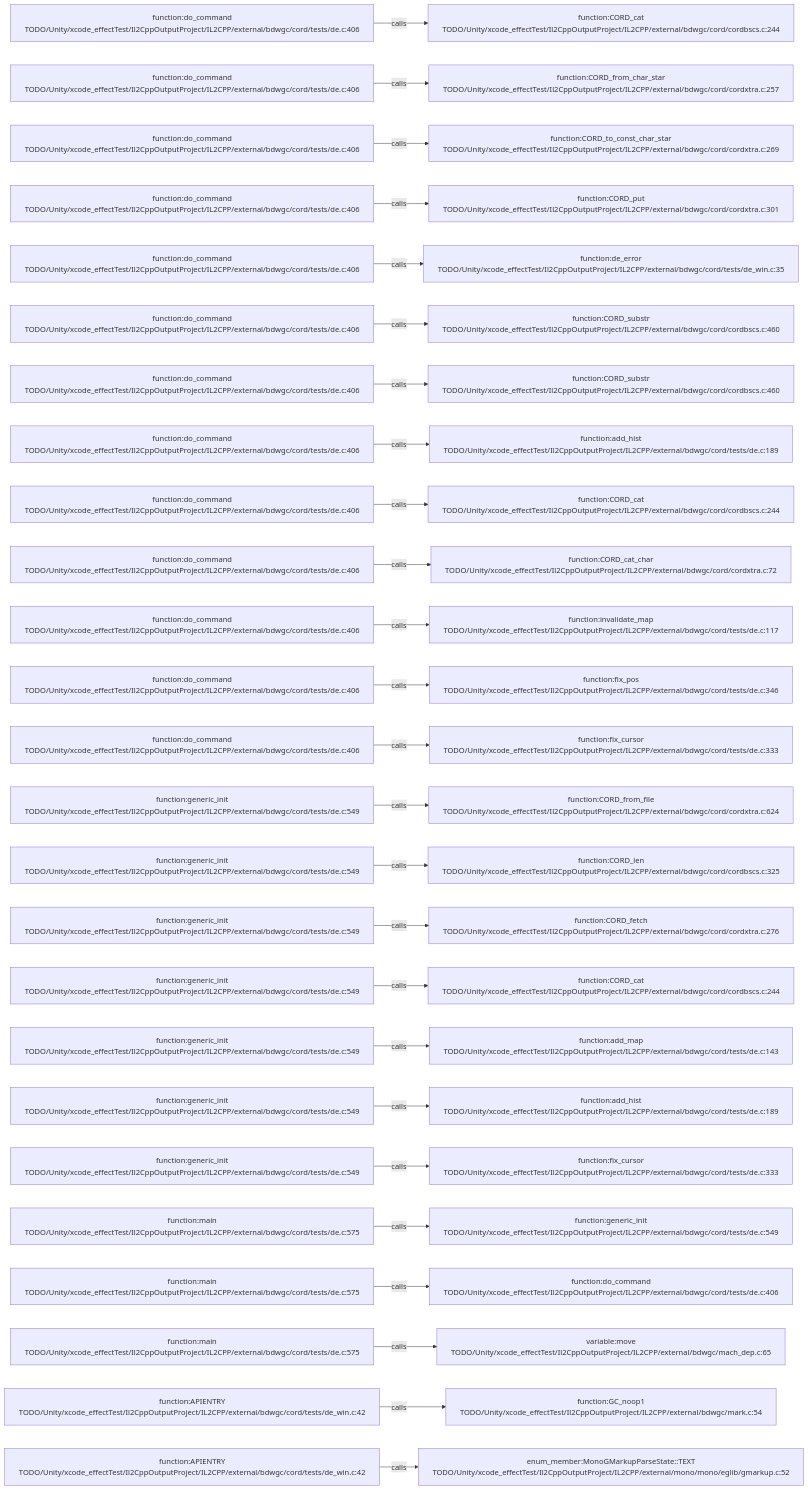
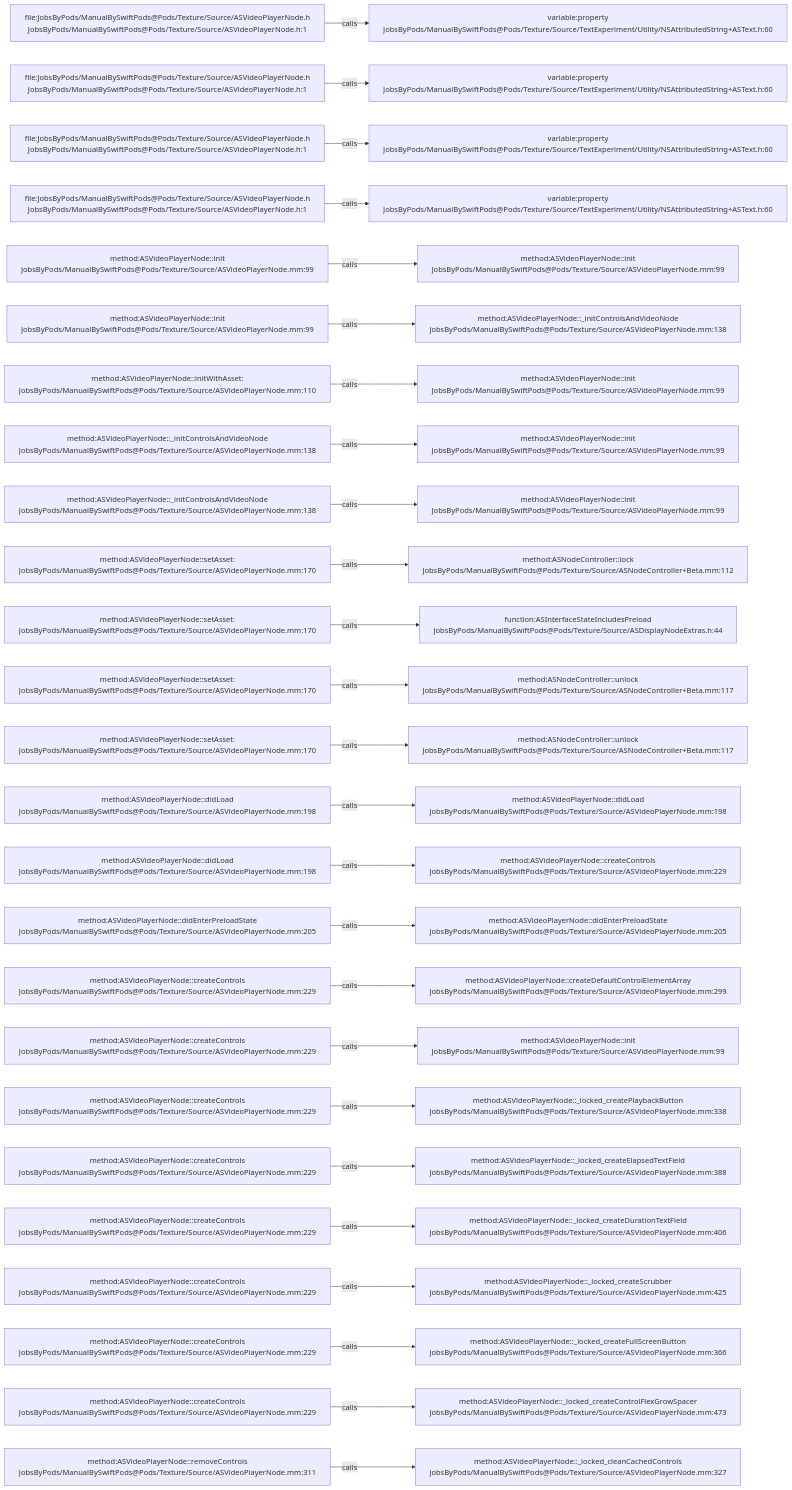
Before and after one commit to JobsKits/JobsSwiftBaseConfigDemo: the diagram in .codegraph/codegraph.md/graphs/calls-095.md, drawn with Mermaid. The commit also changed 2959 other files, not shown here.

````diff
--- a/.codegraph/codegraph.md/graphs/calls-095.md
+++ b/.codegraph/codegraph.md/graphs/calls-095.md
@@ -13,78 +13,78 @@
 ```mermaid
 flowchart LR
-  S1["function:do_command<br/>TODO/Unity/xcode_effectTest/Il2CppOutputProject/IL2CPP/external/bdwgc/cord/tests/de.c:406"]
-  T1["function:CORD_cat<br/>TODO/Unity/xcode_effectTest/Il2CppOutputProject/IL2CPP/external/bdwgc/cord/cordbscs.c:244"]
+  S1["file:JobsByPods/ManualBySwiftPods@Pods/Texture/Source/ASVideoPlayerNode.h<br/>JobsByPods/ManualBySwiftPods@Pods/Texture/Source/ASVideoPlayerNode.h:1"]
+  T1["variable:property<br/>JobsByPods/ManualBySwiftPods@Pods/Texture/Source/TextExperiment/Utility/NSAttributedString+ASText.h:60"]
   S1 -->|calls| T1
-  S2["function:do_command<br/>TODO/Unity/xcode_effectTest/Il2CppOutputProject/IL2CPP/external/bdwgc/cord/tests/de.c:406"]
-  T2["function:CORD_from_char_star<br/>TODO/Unity/xcode_effectTest/Il2CppOutputProject/IL2CPP/external/bdwgc/cord/cordxtra.c:257"]
+  S2["file:JobsByPods/ManualBySwiftPods@Pods/Texture/Source/ASVideoPlayerNode.h<br/>JobsByPods/ManualBySwiftPods@Pods/Texture/Source/ASVideoPlayerNode.h:1"]
+  T2["variable:property<br/>JobsByPods/ManualBySwiftPods@Pods/Texture/Source/TextExperiment/Utility/NSAttributedString+ASText.h:60"]
   S2 -->|calls| T2
-  S3["function:do_command<br/>TODO/Unity/xcode_effectTest/Il2CppOutputProject/IL2CPP/external/bdwgc/cord/tests/de.c:406"]
-  T3["function:CORD_to_const_char_star<br/>TODO/Unity/xcode_effectTest/Il2CppOutputProject/IL2CPP/external/bdwgc/cord/cordxtra.c:269"]
+  S3["file:JobsByPods/ManualBySwiftPods@Pods/Texture/Source/ASVideoPlayerNode.h<br/>JobsByPods/ManualBySwiftPods@Pods/Texture/Source/ASVideoPlayerNode.h:1"]
+  T3["variable:property<br/>JobsByPods/ManualBySwiftPods@Pods/Texture/Source/TextExperiment/Utility/NSAttributedString+ASText.h:60"]
   S3 -->|calls| T3
-  S4["function:do_command<br/>TODO/Unity/xcode_effectTest/Il2CppOutputProject/IL2CPP/external/bdwgc/cord/tests/de.c:406"]
-  T4["function:CORD_put<br/>TODO/Unity/xcode_effectTest/Il2CppOutputProject/IL2CPP/external/bdwgc/cord/cordxtra.c:301"]
+  S4["file:JobsByPods/ManualBySwiftPods@Pods/Texture/Source/ASVideoPlayerNode.h<br/>JobsByPods/ManualBySwiftPods@Pods/Texture/Source/ASVideoPlayerNode.h:1"]
+  T4["variable:property<br/>JobsByPods/ManualBySwiftPods@Pods/Texture/Source/TextExperiment/Utility/NSAttributedString+ASText.h:60"]
   S4 -->|calls| T4
-  S5["function:do_command<br/>TODO/Unity/xcode_effectTest/Il2CppOutputProject/IL2CPP/external/bdwgc/cord/tests/de.c:406"]
-  T5["function:de_error<br/>TODO/Unity/xcode_effectTest/Il2CppOutputProject/IL2CPP/external/bdwgc/cord/tests/de_win.c:35"]
+  S5["method:ASVideoPlayerNode::init<br/>JobsByPods/ManualBySwiftPods@Pods/Texture/Source/ASVideoPlayerNode.mm:99"]
+  T5["method:ASVideoPlayerNode::init<br/>JobsByPods/ManualBySwiftPods@Pods/Texture/Source/ASVideoPlayerNode.mm:99"]
   S5 -->|calls| T5
-  S6["function:do_command<br/>TODO/Unity/xcode_effectTest/Il2CppOutputProject/IL2CPP/external/bdwgc/cord/tests/de.c:406"]
-  T6["function:CORD_substr<br/>TODO/Unity/xcode_effectTest/Il2CppOutputProject/IL2CPP/external/bdwgc/cord/cordbscs.c:460"]
+  S6["method:ASVideoPlayerNode::init<br/>JobsByPods/ManualBySwiftPods@Pods/Texture/Source/ASVideoPlayerNode.mm:99"]
+  T6["method:ASVideoPlayerNode::_initControlsAndVideoNode<br/>JobsByPods/ManualBySwiftPods@Pods/Texture/Source/ASVideoPlayerNode.mm:138"]
   S6 -->|calls| T6
-  S7["function:do_command<br/>TODO/Unity/xcode_effectTest/Il2CppOutputProject/IL2CPP/external/bdwgc/cord/tests/de.c:406"]
-  T7["function:CORD_substr<br/>TODO/Unity/xcode_effectTest/Il2CppOutputProject/IL2CPP/external/bdwgc/cord/cordbscs.c:460"]
+  S7["method:ASVideoPlayerNode::initWithAsset:<br/>JobsByPods/ManualBySwiftPods@Pods/Texture/Source/ASVideoPlayerNode.mm:110"]
+  T7["method:ASVideoPlayerNode::init<br/>JobsByPods/ManualBySwiftPods@Pods/Texture/Source/ASVideoPlayerNode.mm:99"]
   S7 -->|calls| T7
-  S8["function:do_command<br/>TODO/Unity/xcode_effectTest/Il2CppOutputProject/IL2CPP/external/bdwgc/cord/tests/de.c:406"]
-  T8["function:add_hist<br/>TODO/Unity/xcode_effectTest/Il2CppOutputProject/IL2CPP/external/bdwgc/cord/tests/de.c:189"]
+  S8["method:ASVideoPlayerNode::_initControlsAndVideoNode<br/>JobsByPods/ManualBySwiftPods@Pods/Texture/Source/ASVideoPlayerNode.mm:138"]
+  T8["method:ASVideoPlayerNode::init<br/>JobsByPods/ManualBySwiftPods@Pods/Texture/Source/ASVideoPlayerNode.mm:99"]
   S8 -->|calls| T8
-  S9["function:do_command<br/>TODO/Unity/xcode_effectTest/Il2CppOutputProject/IL2CPP/external/bdwgc/cord/tests/de.c:406"]
-  T9["function:CORD_cat<br/>TODO/Unity/xcode_effectTest/Il2CppOutputProject/IL2CPP/external/bdwgc/cord/cordbscs.c:244"]
+  S9["method:ASVideoPlayerNode::_initControlsAndVideoNode<br/>JobsByPods/ManualBySwiftPods@Pods/Texture/Source/ASVideoPlayerNode.mm:138"]
+  T9["method:ASVideoPlayerNode::init<br/>JobsByPods/ManualBySwiftPods@Pods/Texture/Source/ASVideoPlayerNode.mm:99"]
   S9 -->|calls| T9
-  S10["function:do_command<br/>TODO/Unity/xcode_effectTest/Il2CppOutputProject/IL2CPP/external/bdwgc/cord/tests/de.c:406"]
-  T10["function:CORD_cat_char<br/>TODO/Unity/xcode_effectTest/Il2CppOutputProject/IL2CPP/external/bdwgc/cord/cordxtra.c:72"]
+  S10["method:ASVideoPlayerNode::setAsset:<br/>JobsByPods/ManualBySwiftPods@Pods/Texture/Source/ASVideoPlayerNode.mm:170"]
+  T10["method:ASNodeController::lock<br/>JobsByPods/ManualBySwiftPods@Pods/Texture/Source/ASNodeController+Beta.mm:112"]
   S10 -->|calls| T10
-  S11["function:do_command<br/>TODO/Unity/xcode_effectTest/Il2CppOutputProject/IL2CPP/external/bdwgc/cord/tests/de.c:406"]
-  T11["function:invalidate_map<br/>TODO/Unity/xcode_effectTest/Il2CppOutputProject/IL2CPP/external/bdwgc/cord/tests/de.c:117"]
+  S11["method:ASVideoPlayerNode::setAsset:<br/>JobsByPods/ManualBySwiftPods@Pods/Texture/Source/ASVideoPlayerNode.mm:170"]
+  T11["function:ASInterfaceStateIncludesPreload<br/>JobsByPods/ManualBySwiftPods@Pods/Texture/Source/ASDisplayNodeExtras.h:44"]
   S11 -->|calls| T11
-  S12["function:do_command<br/>TODO/Unity/xcode_effectTest/Il2CppOutputProject/IL2CPP/external/bdwgc/cord/tests/de.c:406"]
-  T12["function:fix_pos<br/>TODO/Unity/xcode_effectTest/Il2CppOutputProject/IL2CPP/external/bdwgc/cord/tests/de.c:346"]
+  S12["method:ASVideoPlayerNode::setAsset:<br/>JobsByPods/ManualBySwiftPods@Pods/Texture/Source/ASVideoPlayerNode.mm:170"]
+  T12["method:ASNodeController::unlock<br/>JobsByPods/ManualBySwiftPods@Pods/Texture/Source/ASNodeController+Beta.mm:117"]
   S12 -->|calls| T12
-  S13["function:do_command<br/>TODO/Unity/xcode_effectTest/Il2CppOutputProject/IL2CPP/external/bdwgc/cord/tests/de.c:406"]
-  T13["function:fix_cursor<br/>TODO/Unity/xcode_effectTest/Il2CppOutputProject/IL2CPP/external/bdwgc/cord/tests/de.c:333"]
+  S13["method:ASVideoPlayerNode::setAsset:<br/>JobsByPods/ManualBySwiftPods@Pods/Texture/Source/ASVideoPlayerNode.mm:170"]
+  T13["method:ASNodeController::unlock<br/>JobsByPods/ManualBySwiftPods@Pods/Texture/Source/ASNodeController+Beta.mm:117"]
   S13 -->|calls| T13
-  S14["function:generic_init<br/>TODO/Unity/xcode_effectTest/Il2CppOutputProject/IL2CPP/external/bdwgc/cord/tests/de.c:549"]
-  T14["function:CORD_from_file<br/>TODO/Unity/xcode_effectTest/Il2CppOutputProject/IL2CPP/external/bdwgc/cord/cordxtra.c:624"]
+  S14["method:ASVideoPlayerNode::didLoad<br/>JobsByPods/ManualBySwiftPods@Pods/Texture/Source/ASVideoPlayerNode.mm:198"]
+  T14["method:ASVideoPlayerNode::didLoad<br/>JobsByPods/ManualBySwiftPods@Pods/Texture/Source/ASVideoPlayerNode.mm:198"]
   S14 -->|calls| T14
-  S15["function:generic_init<br/>TODO/Unity/xcode_effectTest/Il2CppOutputProject/IL2CPP/external/bdwgc/cord/tests/de.c:549"]
-  T15["function:CORD_len<br/>TODO/Unity/xcode_effectTest/Il2CppOutputProject/IL2CPP/external/bdwgc/cord/cordbscs.c:325"]
+  S15["method:ASVideoPlayerNode::didLoad<br/>JobsByPods/ManualBySwiftPods@Pods/Texture/Source/ASVideoPlayerNode.mm:198"]
+  T15["method:ASVideoPlayerNode::createControls<br/>JobsByPods/ManualBySwiftPods@Pods/Texture/Source/ASVideoPlayerNode.mm:229"]
   S15 -->|calls| T15
-  S16["function:generic_init<br/>TODO/Unity/xcode_effectTest/Il2CppOutputProject/IL2CPP/external/bdwgc/cord/tests/de.c:549"]
-  T16["function:CORD_fetch<br/>TODO/Unity/xcode_effectTest/Il2CppOutputProject/IL2CPP/external/bdwgc/cord/cordxtra.c:276"]
+  S16["method:ASVideoPlayerNode::didEnterPreloadState<br/>JobsByPods/ManualBySwiftPods@Pods/Texture/Source/ASVideoPlayerNode.mm:205"]
+  T16["method:ASVideoPlayerNode::didEnterPreloadState<br/>JobsByPods/ManualBySwiftPods@Pods/Texture/Source/ASVideoPlayerNode.mm:205"]
   S16 -->|calls| T16
-  S17["function:generic_init<br/>TODO/Unity/xcode_effectTest/Il2CppOutputProject/IL2CPP/external/bdwgc/cord/tests/de.c:549"]
-  T17["function:CORD_cat<br/>TODO/Unity/xcode_effectTest/Il2CppOutputProject/IL2CPP/external/bdwgc/cord/cordbscs.c:244"]
+  S17["method:ASVideoPlayerNode::createControls<br/>JobsByPods/ManualBySwiftPods@Pods/Texture/Source/ASVideoPlayerNode.mm:229"]
+  T17["method:ASVideoPlayerNode::createDefaultControlElementArray<br/>JobsByPods/ManualBySwiftPods@Pods/Texture/Source/ASVideoPlayerNode.mm:299"]
   S17 -->|calls| T17
-  S18["function:generic_init<br/>TODO/Unity/xcode_effectTest/Il2CppOutputProject/IL2CPP/external/bdwgc/cord/tests/de.c:549"]
-  T18["function:add_map<br/>TODO/Unity/xcode_effectTest/Il2CppOutputProject/IL2CPP/external/bdwgc/cord/tests/de.c:143"]
+  S18["method:ASVideoPlayerNode::createControls<br/>JobsByPods/ManualBySwiftPods@Pods/Texture/Source/ASVideoPlayerNode.mm:229"]
+  T18["method:ASVideoPlayerNode::init<br/>JobsByPods/ManualBySwiftPods@Pods/Texture/Source/ASVideoPlayerNode.mm:99"]
   S18 -->|calls| T18
-  S19["function:generic_init<br/>TODO/Unity/xcode_effectTest/Il2CppOutputProject/IL2CPP/external/bdwgc/cord/tests/de.c:549"]
-  T19["function:add_hist<br/>TODO/Unity/xcode_effectTest/Il2CppOutputProject/IL2CPP/external/bdwgc/cord/tests/de.c:189"]
+  S19["method:ASVideoPlayerNode::createControls<br/>JobsByPods/ManualBySwiftPods@Pods/Texture/Source/ASVideoPlayerNode.mm:229"]
+  T19["method:ASVideoPlayerNode::_locked_createPlaybackButton<br/>JobsByPods/ManualBySwiftPods@Pods/Texture/Source/ASVideoPlayerNode.mm:338"]
   S19 -->|calls| T19
-  S20["function:generic_init<br/>TODO/Unity/xcode_effectTest/Il2CppOutputProject/IL2CPP/external/bdwgc/cord/tests/de.c:549"]
-  T20["function:fix_cursor<br/>TODO/Unity/xcode_effectTest/Il2CppOutputProject/IL2CPP/external/bdwgc/cord/tests/de.c:333"]
+  S20["method:ASVideoPlayerNode::createControls<br/>JobsByPods/ManualBySwiftPods@Pods/Texture/Source/ASVideoPlayerNode.mm:229"]
+  T20["method:ASVideoPlayerNode::_locked_createElapsedTextField<br/>JobsByPods/ManualBySwiftPods@Pods/Texture/Source/ASVideoPlayerNode.mm:388"]
   S20 -->|calls| T20
-  S21["function:main<br/>TODO/Unity/xcode_effectTest/Il2CppOutputProject/IL2CPP/external/bdwgc/cord/tests/de.c:575"]
-  T21["function:generic_init<br/>TODO/Unity/xcode_effectTest/Il2CppOutputProject/IL2CPP/external/bdwgc/cord/tests/de.c:549"]
+  S21["method:ASVideoPlayerNode::createControls<br/>JobsByPods/ManualBySwiftPods@Pods/Texture/Source/ASVideoPlayerNode.mm:229"]
+  T21["method:ASVideoPlayerNode::_locked_createDurationTextField<br/>JobsByPods/ManualBySwiftPods@Pods/Texture/Source/ASVideoPlayerNode.mm:406"]
   S21 -->|calls| T21
-  S22["function:main<br/>TODO/Unity/xcode_effectTest/Il2CppOutputProject/IL2CPP/external/bdwgc/cord/tests/de.c:575"]
-  T22["function:do_command<br/>TODO/Unity/xcode_effectTest/Il2CppOutputProject/IL2CPP/external/bdwgc/cord/tests/de.c:406"]
+  S22["method:ASVideoPlayerNode::createControls<br/>JobsByPods/ManualBySwiftPods@Pods/Texture/Source/ASVideoPlayerNode.mm:229"]
+  T22["method:ASVideoPlayerNode::_locked_createScrubber<br/>JobsByPods/ManualBySwiftPods@Pods/Texture/Source/ASVideoPlayerNode.mm:425"]
   S22 -->|calls| T22
-  S23["function:main<br/>TODO/Unity/xcode_effectTest/Il2CppOutputProject/IL2CPP/external/bdwgc/cord/tests/de.c:575"]
-  T23["variable:move<br/>TODO/Unity/xcode_effectTest/Il2CppOutputProject/IL2CPP/external/bdwgc/mach_dep.c:65"]
+  S23["method:ASVideoPlayerNode::createControls<br/>JobsByPods/ManualBySwiftPods@Pods/Texture/Source/ASVideoPlayerNode.mm:229"]
+  T23["method:ASVideoPlayerNode::_locked_createFullScreenButton<br/>JobsByPods/ManualBySwiftPods@Pods/Texture/Source/ASVideoPlayerNode.mm:366"]
   S23 -->|calls| T23
-  S24["function:APIENTRY<br/>TODO/Unity/xcode_effectTest/Il2CppOutputProject/IL2CPP/external/bdwgc/cord/tests/de_win.c:42"]
-  T24["function:GC_noop1<br/>TODO/Unity/xcode_effectTest/Il2CppOutputProject/IL2CPP/external/bdwgc/mark.c:54"]
+  S24["method:ASVideoPlayerNode::createControls<br/>JobsByPods/ManualBySwiftPods@Pods/Texture/Source/ASVideoPlayerNode.mm:229"]
+  T24["method:ASVideoPlayerNode::_locked_createControlFlexGrowSpacer<br/>JobsByPods/ManualBySwiftPods@Pods/Texture/Source/ASVideoPlayerNode.mm:473"]
   S24 -->|calls| T24
-  S25["function:APIENTRY<br/>TODO/Unity/xcode_effectTest/Il2CppOutputProject/IL2CPP/external/bdwgc/cord/tests/de_win.c:42"]
-  T25["enum_member:MonoGMarkupParseState::TEXT<br/>TODO/Unity/xcode_effectTest/Il2CppOutputProject/IL2CPP/external/mono/mono/eglib/gmarkup.c:52"]
+  S25["method:ASVideoPlayerNode::removeControls<br/>JobsByPods/ManualBySwiftPods@Pods/Texture/Source/ASVideoPlayerNode.mm:311"]
+  T25["method:ASVideoPlayerNode::_locked_cleanCachedControls<br/>JobsByPods/ManualBySwiftPods@Pods/Texture/Source/ASVideoPlayerNode.mm:327"]
   S25 -->|calls| T25
 ```
````
